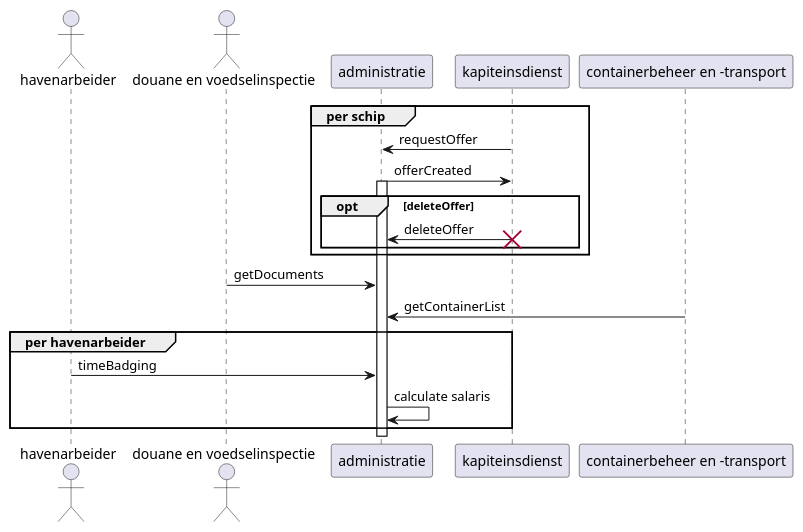
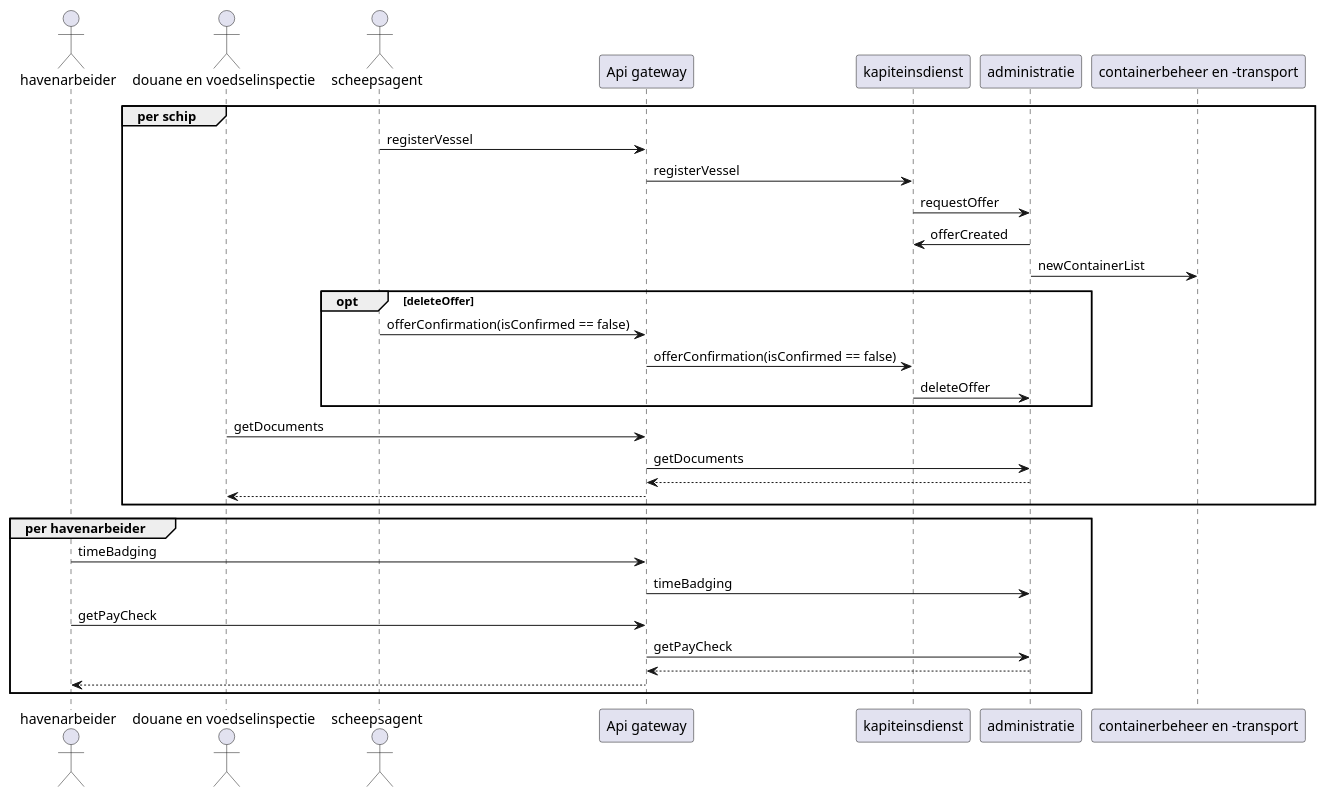
One commit to BavoAndriessen/project-sysdes changed the diagram in sequentie_administratie.puml. Above: the diagram before and after it, drawn with PlantUML.

Commit message:
sequentie diagram administratie aangepast

```diff
--- a/sequentie_administratie.puml
+++ b/sequentie_administratie.puml
@@ -1,24 +1,38 @@
 @startuml
 
 actor havenarbeider
 actor "douane en voedselinspectie" as douane
+actor scheepsagent
 
 group per schip
+scheepsagent -> "Api gateway": registerVessel
+"Api gateway" -> kapiteinsdienst: registerVessel
 administratie <- kapiteinsdienst: requestOffer
 administratie -> kapiteinsdienst: offerCreated
-activate administratie
+administratie -> "containerbeheer en -transport": newContainerList
+' activate administratie
 opt deleteOffer
+scheepsagent -> "Api gateway": offerConfirmation(isConfirmed == false) 
+"Api gateway" -> kapiteinsdienst: offerConfirmation(isConfirmed == false) 
 kapiteinsdienst -> administratie: deleteOffer
-destroy kapiteinsdienst
+' destroy kapiteinsdienst
 end
+douane -> "Api gateway": getDocuments
+administratie <- "Api gateway": getDocuments
+administratie --> "Api gateway"
+douane <-- "Api gateway"
+
 end 
 
-administratie <- douane: getDocuments
-"containerbeheer en -transport" -> administratie: getContainerList
+
 
 group per havenarbeider
-administratie <- havenarbeider: timeBadging
-administratie -> administratie: calculate salaris
+havenarbeider -> "Api gateway": timeBadging
+"Api gateway" -> administratie: timeBadging
+havenarbeider -> "Api gateway": getPayCheck
+"Api gateway" -> administratie: getPayCheck
+"Api gateway" <-- administratie
+havenarbeider <-- "Api gateway"
 end
 
 @enduml
```
